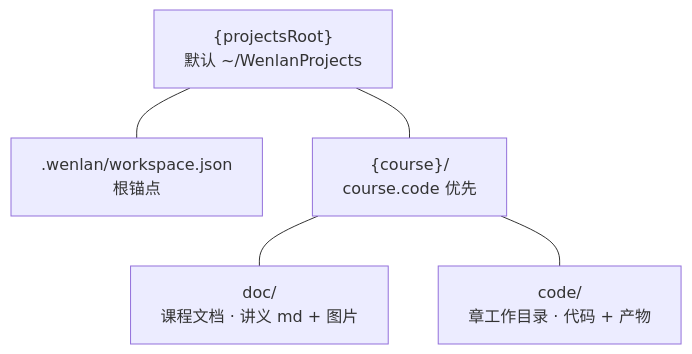
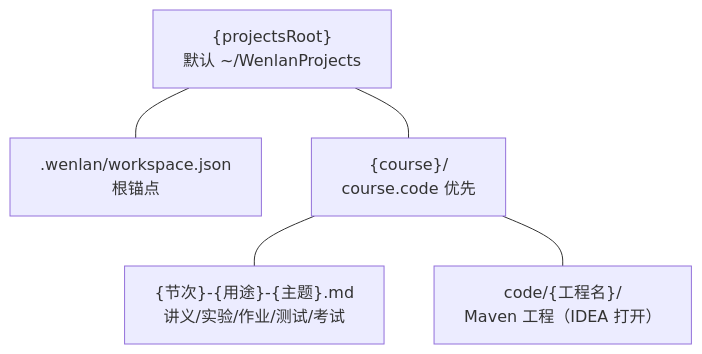
The first of 2 diagrams in docs/design/course-workspace-design.md (wenlanstudio/wenlan), drawn with Mermaid before and after one commit. The commit also changed other lines of this file and 1 other file, not shown here.

First line of the commit message:
docs(design): 发布物目录布局定稿——一律落 projects、平铺命名、code 按工程集中

````diff
--- a/docs/design/course-workspace-design.md
+++ b/docs/design/course-workspace-design.md
@@ -49,12 +49,12 @@
 ```mermaid
 flowchart TD
   ROOT["{projectsRoot}<br/>默认 ~/WenlanProjects"]
   ANCHOR[".wenlan/workspace.json<br/>根锚点"]
   COURSE["{course}/<br/>course.code 优先"]
-  DOC["doc/<br/>课程文档 · 讲义 md + 图片"]
-  CODE["code/<br/>章工作目录 · 代码 + 产物"]
+  DOC["{节次}-{用途}-{主题}.md<br/>讲义/实验/作业/测试/考试"]
+  CODE["code/{工程名}/<br/>Maven 工程（IDEA 打开）"]
   ROOT --- ANCHOR
   ROOT --- COURSE
   COURSE --- DOC
   COURSE --- CODE
 ```
````
